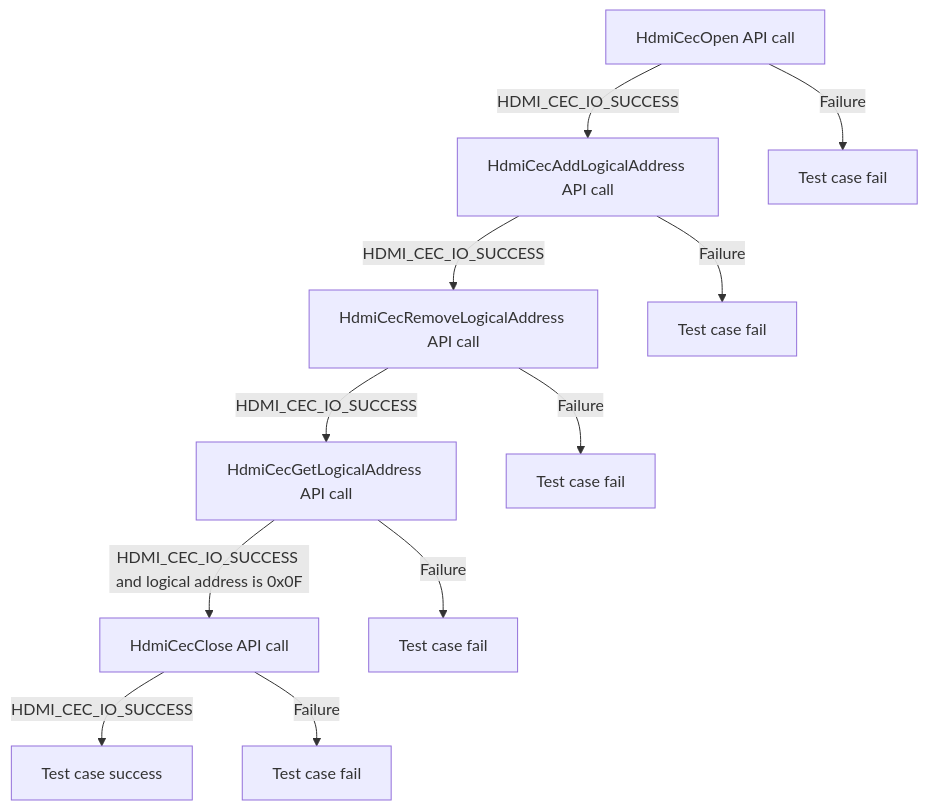
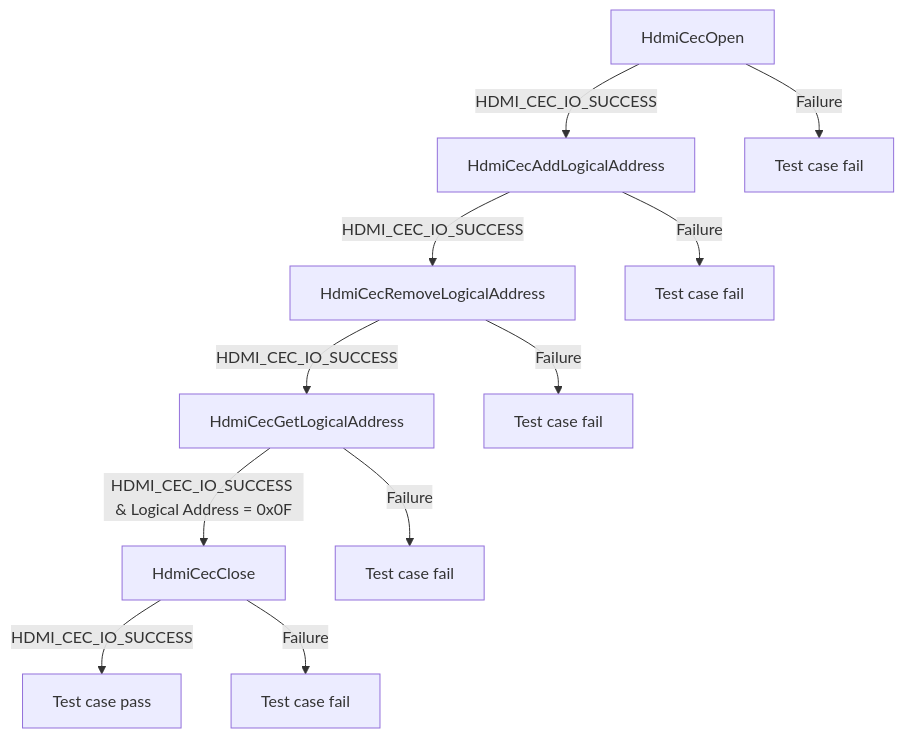
The third of 6 diagrams in docs/pages/l2_hdmi_cec_driver_test_specification.md (rdkcentral/rdk-halif-test-hdmi_cec), drawn with Mermaid before and after one commit. The commit also changed other lines of this file and 4 other files, not shown here.

Commit message:
L2 Tests for HDMI CEC Generate L2 tests for the updated  HL spec and Interface file

````diff
--- a/docs/pages/l2_hdmi_cec_driver_test_specification.md
+++ b/docs/pages/l2_hdmi_cec_driver_test_specification.md
@@ -168,13 +168,13 @@
 ```mermaid
 graph TB
-A[HdmiCecOpen API call] -->|HDMI_CEC_IO_SUCCESS| B[HdmiCecAddLogicalAddress API call]
-A -->|Failure| A1[Test case fail]
-B -->|HDMI_CEC_IO_SUCCESS| C[HdmiCecRemoveLogicalAddress API call]
-B -->|Failure| B1[Test case fail]
-C -->|HDMI_CEC_IO_SUCCESS| D[HdmiCecGetLogicalAddress API call]
-C -->|Failure| C1[Test case fail]
-D -->|HDMI_CEC_IO_SUCCESS and logical address is 0x0F| E[HdmiCecClose API call]
-D -->|Failure| D1[Test case fail]
-E -->|HDMI_CEC_IO_SUCCESS| F[Test case success]
-E -->|Failure| E1[Test case fail]
+A[HdmiCecOpen] -- "HDMI_CEC_IO_SUCCESS" --> B[HdmiCecAddLogicalAddress]
+A -- "Failure" --> A1[Test case fail]
+B -- "HDMI_CEC_IO_SUCCESS" --> C[HdmiCecRemoveLogicalAddress]
+B -- "Failure" --> B1[Test case fail]
+C -- "HDMI_CEC_IO_SUCCESS" --> D[HdmiCecGetLogicalAddress]
+C -- "Failure" --> C1[Test case fail]
+D -- "HDMI_CEC_IO_SUCCESS & Logical Address = 0x0F" --> E[HdmiCecClose]
+D -- "Failure" --> D1[Test case fail]
+E -- "HDMI_CEC_IO_SUCCESS" --> F[Test case pass]
+E -- "Failure" --> E1[Test case fail]
 ```
````
